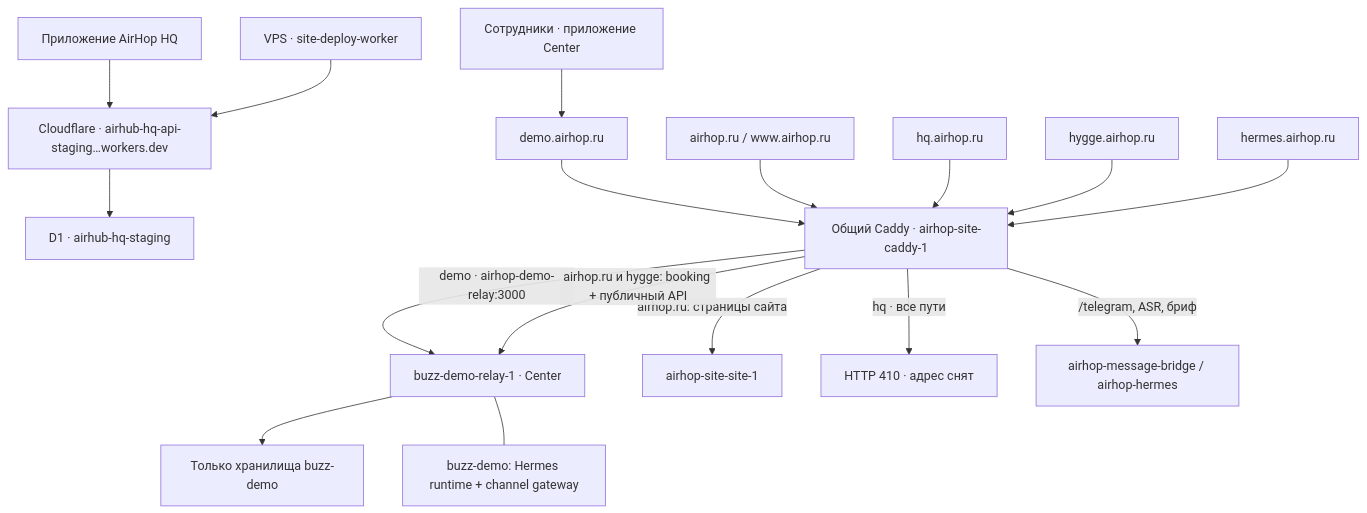
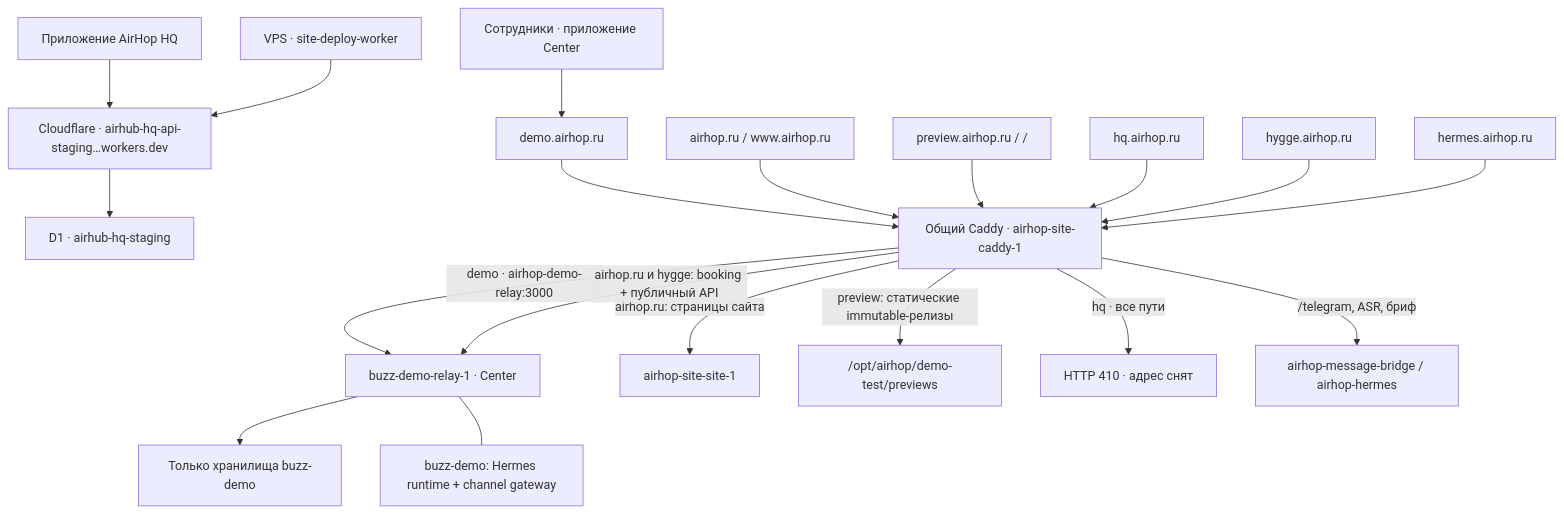
One commit to makeev11/airhub-center changed the diagram in docs/AIRHOP_DEPLOYMENT_MAP.md. Above: the diagram before and after it, drawn with Mermaid. The commit also changed other lines of this file and 62 other files, not shown here.

````diff
--- a/docs/AIRHOP_DEPLOYMENT_MAP.md
+++ b/docs/AIRHOP_DEPLOYMENT_MAP.md
@@ -97,19 +155,21 @@
 ```mermaid
 flowchart TD
     hqApp["Приложение AirHop HQ"] --> hqApi["Cloudflare · airhub-hq-api-staging…workers.dev"]
     deployWorker["VPS · site-deploy-worker"] --> hqApi
     hqApi --> hqDb["D1 · airhub-hq-staging"]
     staff["Сотрудники · приложение Center"] --> demoHost["demo.airhop.ru"]
     demoHost --> proxy["Общий Caddy · airhop-site-caddy-1"]
     public["airhop.ru / www.airhop.ru"] --> proxy
+    previews["preview.airhop.ru / <site-id>/"] --> proxy
     legacy["hq.airhop.ru"] --> proxy
     hygge["hygge.airhop.ru"] --> proxy
     hermes["hermes.airhop.ru"] --> proxy
     proxy -->|"demo · airhop-demo-relay:3000"| center["buzz-demo-relay-1 · Center"]
     proxy -->|"airhop.ru: страницы сайта"| site["airhop-site-site-1"]
+    proxy -->|"preview: статические immutable-релизы"| previewFiles["/opt/airhop/demo-test/previews"]
     proxy -->|"airhop.ru и hygge: booking + публичный API"| center
     proxy -->|"hq · все пути"| retired["HTTP 410 · адрес снят"]
     proxy -->|"/telegram, ASR, бриф"| runtime["airhop-message-bridge / airhop-hermes"]
     center --> demoDb["Только хранилища buzz-demo"]
     center --- agents["buzz-demo: Hermes runtime + channel gateway"]
 ```
````
